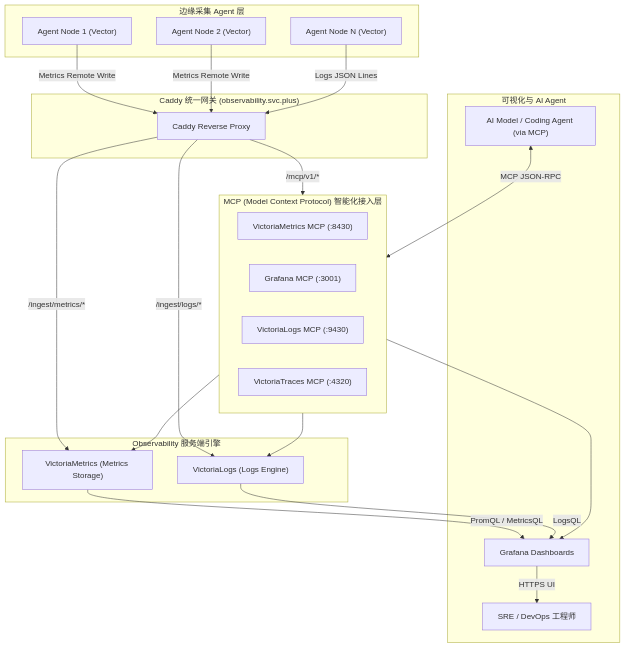
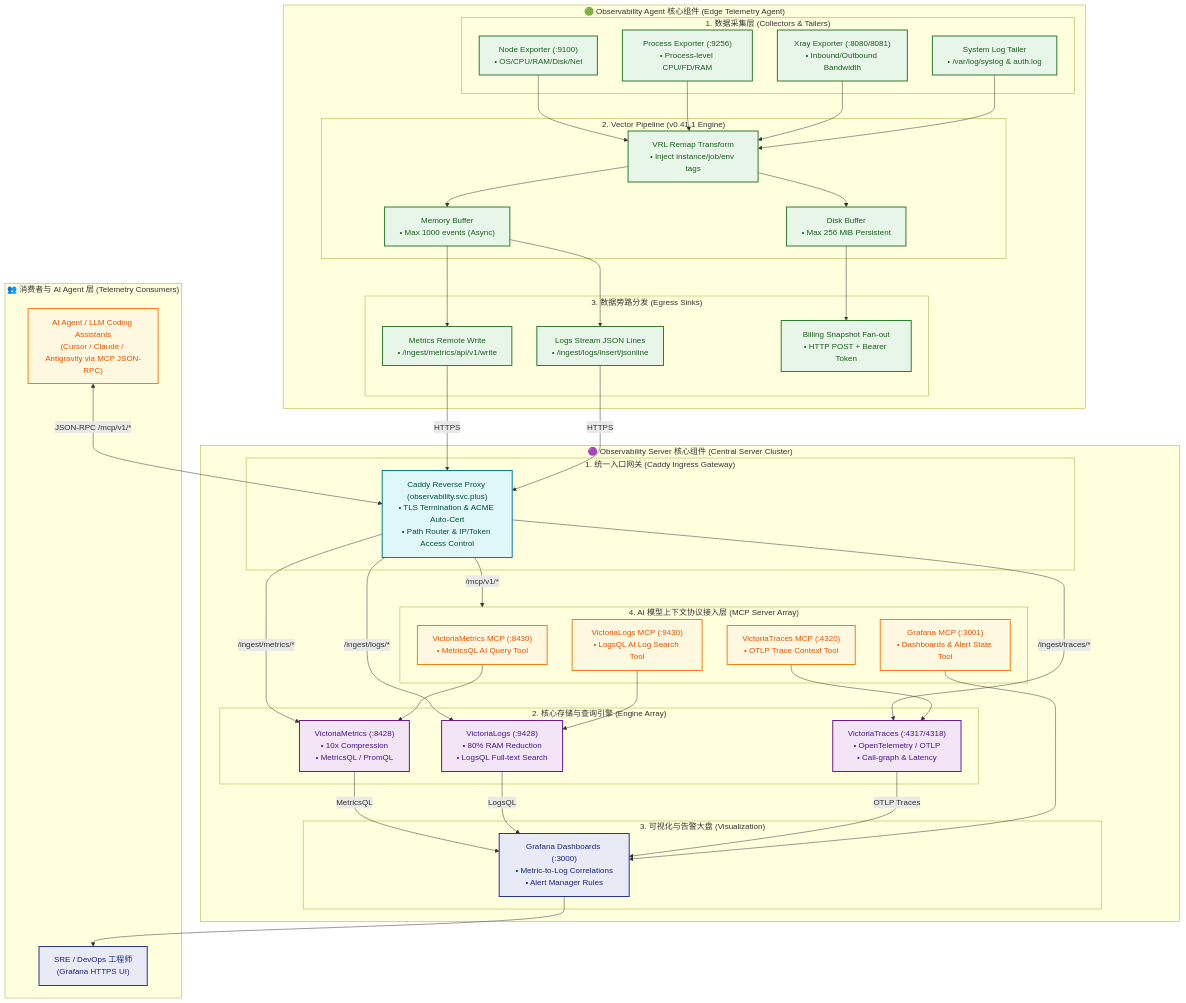
One commit to Cloud-Neutral-Workshop/knowledge changed the diagram in content/03-observability/observability-server-core.zh.md. Above: the diagram before and after it, drawn with Mermaid. The commit also changed other lines of this file and 4 other files, not shown here.

Commit message:
feat(blog): merge observability & MCP ecosystem cheatsheet and AI agent workflows into posts

````diff
--- a/content/03-observability/observability-server-core.zh.md
+++ b/content/03-observability/observability-server-core.zh.md
@@ -107,48 +146,93 @@
 ```mermaid
 flowchart TD
-    subgraph Agents ["边缘采集 Agent 层"]
-        V1["Agent Node 1 (Vector)"]
-        V2["Agent Node 2 (Vector)"]
-        VN["Agent Node N (Vector)"]
+    classDef agentStyle fill:#e8f5e9,stroke:#2e7d32,stroke-width:2px,color:#1b5e20;
+    classDef ingressStyle fill:#e0f7fa,stroke:#00838f,stroke-width:2px,color:#004d40;
+    classDef serverStyle fill:#f3e5f5,stroke:#6a1b9a,stroke-width:2px,color:#4a148c;
+    classDef mcpStyle fill:#fff8e1,stroke:#f57f17,stroke-width:2px,color:#e65100;
+    classDef uiStyle fill:#e8eaf6,stroke:#283593,stroke-width:2px,color:#1a237e;
+
+    subgraph SECTION_AGENT ["🟢 Observability Agent 核心组件 (Edge Telemetry Agent)"]
+        subgraph AG_COLLECT ["1. 数据采集层 (Collectors & Tailers)"]
+            EX_NODE["Node Exporter (:9100)<br>• OS/CPU/RAM/Disk/Net"]:::agentStyle
+            EX_PROC["Process Exporter (:9256)<br>• Process-level CPU/FD/RAM"]:::agentStyle
+            EX_XRAY["Xray Exporter (:8080/8081)<br>• Inbound/Outbound Bandwidth"]:::agentStyle
+            EX_LOGS["System Log Tailer<br>• /var/log/syslog & auth.log"]:::agentStyle
+        end
+
+        subgraph AG_PIPELINE ["2. Vector Pipeline (v0.41.1 Engine)"]
+            V_REMAP["VRL Remap Transform<br>• Inject instance/job/env tags"]:::agentStyle
+            V_BUF_MEM["Memory Buffer<br>• Max 1000 events (Async)"]:::agentStyle
+            V_BUF_DISK["Disk Buffer<br>• Max 256 MiB Persistent"]:::agentStyle
+        end
+
+        subgraph AG_EGRESS ["3. 数据旁路分发 (Egress Sinks)"]
+            SINK_METRICS["Metrics Remote Write<br>• /ingest/metrics/api/v1/write"]:::agentStyle
+            SINK_LOGS["Logs Stream JSON Lines<br>• /ingest/logs/insert/jsonline"]:::agentStyle
+            SINK_BILLING["Billing Snapshot Fan-out<br>• HTTP POST + Bearer Token"]:::agentStyle
+        end
     end
 
-    subgraph ServerIngress ["Caddy 统一网关 (observability.svc.plus)"]
-        CADDY["Caddy Reverse Proxy"]
+    subgraph SECTION_SERVER ["🟣 Observability Server 核心组件 (Central Server Cluster)"]
+        subgraph GATEWAY ["1. 统一入口网关 (Caddy Ingress Gateway)"]
+            CADDY["Caddy Reverse Proxy (observability.svc.plus)<br>• TLS Termination & ACME Auto-Cert<br>• Path Router & IP/Token Access Control"]:::ingressStyle
+        end
+
+        subgraph ENGINES ["2. 核心存储与查询引擎 (Engine Array)"]
+            VM["VictoriaMetrics (:8428)<br>• 10x Compression<br>• MetricsQL / PromQL"]:::serverStyle
+            VL["VictoriaLogs (:9428)<br>• 80% RAM Reduction<br>• LogsQL Full-text Search"]:::serverStyle
+            VT["VictoriaTraces (:4317/4318)<br>• OpenTelemetry / OTLP<br>• Call-graph & Latency"]:::serverStyle
+        end
+
+        subgraph VISUAL ["3. 可视化与告警大盘 (Visualization)"]
+            GRAFANA["Grafana Dashboards (:3000)<br>• Metric-to-Log Correlations<br>• Alert Manager Rules"]:::uiStyle
+        end
+
+        subgraph MCP_ARRAY ["4. AI 模型上下文协议接入层 (MCP Server Array)"]
+            MCP_VM["VictoriaMetrics MCP (:8430)<br>• MetricsQL AI Query Tool"]:::mcpStyle
+            MCP_VL["VictoriaLogs MCP (:9430)<br>• LogsQL AI Log Search Tool"]:::mcpStyle
+            MCP_VT["VictoriaTraces MCP (:4320)<br>• OTLP Trace Context Tool"]:::mcpStyle
+            MCP_GF["Grafana MCP (:3001)<br>• Dashboards & Alert State Tool"]:::mcpStyle
+        end
     end
 
-    subgraph CoreEngine ["Observability 服务端引擎"]
-        VM["VictoriaMetrics (Metrics Storage)"]
-        VL["VictoriaLogs (Logs Engine)"]
+    subgraph CONSUMERS ["👥 消费者与 AI Agent 层 (Telemetry Consumers)"]
+        SRE["SRE / DevOps 工程师<br>(Grafana HTTPS UI)"]:::uiStyle
+        AI_AGENT["AI Agent / LLM Coding Assistants<br>(Cursor / Claude / Antigravity via MCP JSON-RPC)"]:::mcpStyle
     end
 
-    subgraph MCPLayer ["MCP (Model Context Protocol) 智能化接入层"]
-        VM_MCP["VictoriaMetrics MCP (:8430)"]
-        GRAFANA_MCP["Grafana MCP (:3001)"]
-        VL_MCP["VictoriaLogs MCP (:9430)"]
-        VT_MCP["VictoriaTraces MCP (:4320)"]
-    end
+    %% Agent Flow
+    EX_NODE --> V_REMAP
+    EX_PROC --> V_REMAP
+    EX_XRAY --> V_REMAP
+    EX_LOGS --> V_REMAP
+    V_REMAP --> V_BUF_MEM
+    V_REMAP --> V_BUF_DISK
+    V_BUF_MEM --> SINK_METRICS
+    V_BUF_MEM --> SINK_LOGS
+    V_BUF_DISK --> SINK_BILLING
 
-    subgraph Visualization ["可视化与 AI Agent"]
-        GRAFANA["Grafana Dashboards"]
-        AI_AGENT["AI Model / Coding Agent (via MCP)"]
-        USERS["SRE / DevOps 工程师"]
-    end
+    %% Ingress Flow
+    SINK_METRICS -->|HTTPS| CADDY
+    SINK_LOGS -->|HTTPS| CADDY
 
-    V1 -->|Metrics Remote Write| CADDY
-    V2 -->|Metrics Remote Write| CADDY
-    VN -->|Logs JSON Lines| CADDY
-
+    %% Ingress to Engines
     CADDY -->|/ingest/metrics/*| VM
     CADDY -->|/ingest/logs/*| VL
-    CADDY -->|/mcp/v1/*| MCPLayer
+    CADDY -->|/ingest/traces/*| VT
+    CADDY -->|/mcp/v1/*| MCP_ARRAY
 
-    MCPLayer --> VM
-    MCPLayer --> VL
-    MCPLayer --> GRAFANA
+    %% Engines to Visualization
+    VM -->|MetricsQL| GRAFANA
+    VL -->|LogsQL| GRAFANA
+    VT -->|OTLP Traces| GRAFANA
 
-    VM -->|PromQL / MetricsQL| GRAFANA
-    VL -->|LogsQL| GRAFANA
+    %% MCP to Engines
+    MCP_VM --> VM
+    MCP_VL --> VL
+    MCP_VT --> VT
+    MCP_GF --> GRAFANA
 
-    GRAFANA -->|HTTPS UI| USERS
-    AI_AGENT <-->|MCP JSON-RPC| MCPLayer
+    %% Consumers
+    GRAFANA --> SRE
+    AI_AGENT <-->|JSON-RPC /mcp/v1/*| CADDY
 ```
````
